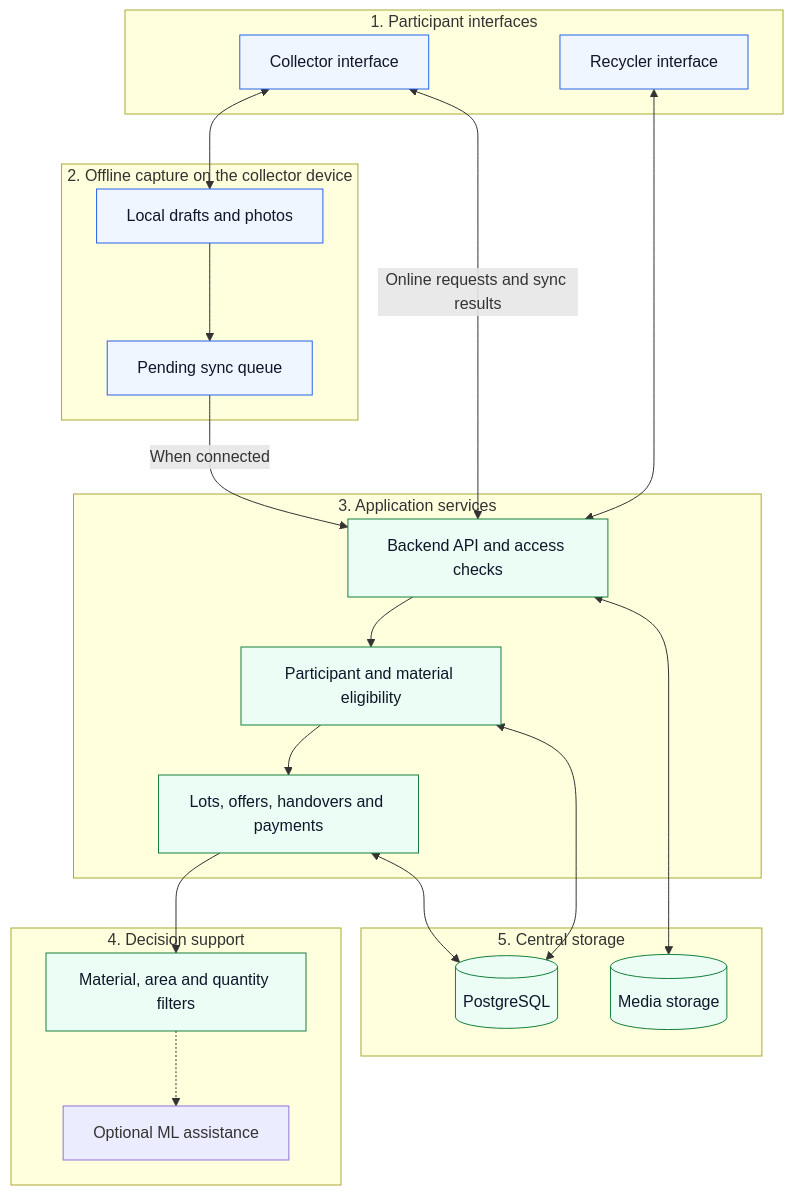
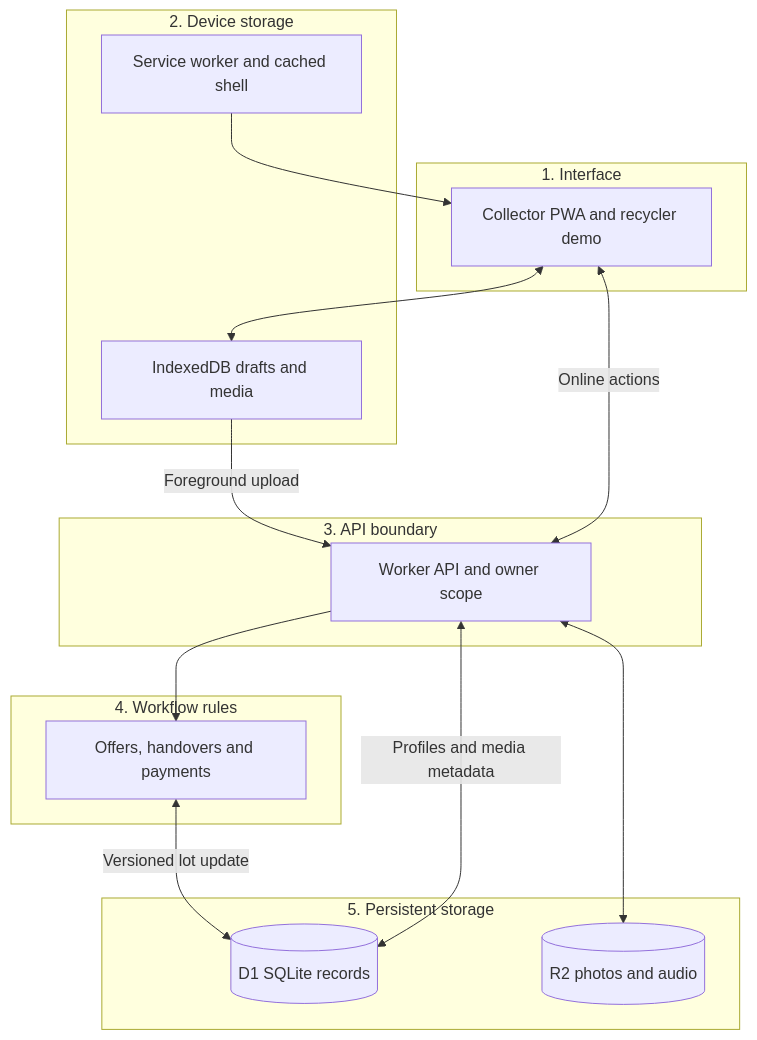
The first of 2 diagrams in docs/system-architecture.md (kartiksingh6734/E-Chakra-), drawn with Mermaid before and after one commit. The commit also changed other lines of this file and 41 other files, not shown here.

````diff
--- a/docs/system-architecture.md
+++ b/docs/system-architecture.md
@@ -9,40 +7,28 @@
 ```mermaid
-flowchart TB
-    subgraph UI["1. Participant interfaces"]
-        C["Collector interface"]
-        R["Recycler interface"]
+flowchart TD
+    subgraph L1["1. Interface"]
+        UI["Collector PWA and recycler demo"]
     end
-    subgraph LOCAL["2. Offline capture on the collector device"]
-        D["Local drafts and photos"]
-        Q["Pending sync queue"]
+    subgraph L2["2. Device storage"]
+        IDB["IndexedDB drafts and media"]
+        SW["Service worker and cached shell"]
     end
-    subgraph CORE["3. Application services"]
-        API["Backend API and access checks"]
-        CHECK["Participant and material eligibility"]
-        TX["Lots, offers, handovers and payments"]
+    subgraph L3["3. API boundary"]
+        API["Worker API and owner scope"]
     end
-    subgraph ASSIST["4. Decision support"]
-        FILTER["Material, area and quantity filters"]
-        ML["Optional ML assistance"]
+    subgraph L4["4. Workflow rules"]
+        RULES["Offers, handovers and payments"]
     end
-    subgraph STORE["5. Central storage"]
-        DB[("PostgreSQL")]
-        MEDIA[("Media storage")]
+    subgraph L5["5. Persistent storage"]
+        DB[("D1 SQLite records")]
+        MEDIA[("R2 photos and audio")]
     end
-    C <--> D
-    D --> Q
-    Q -->|"When connected"| API
-    C <-->|"Online requests and sync results"| API
-    R <--> API
-    API --> CHECK
-    CHECK --> TX
-    TX --> FILTER
-    FILTER -.-> ML
-    TX <--> DB
-    CHECK <--> DB
+    UI <--> IDB
+    SW --> UI
+    IDB -->|"Foreground upload"| API
+    UI <-->|"Online actions"| API
+    API --> RULES
+    RULES <-->|"Versioned lot update"| DB
     API <--> MEDIA
-    classDef device fill:#eff6ff,stroke:#2563eb,color:#0f172a
-    classDef service fill:#ecfdf5,stroke:#15803d,color:#0f172a
-    class C,R,D,Q device
-    class API,CHECK,TX,FILTER,DB,MEDIA service
+    API <-->|"Profiles and media metadata"| DB
 ```
````
